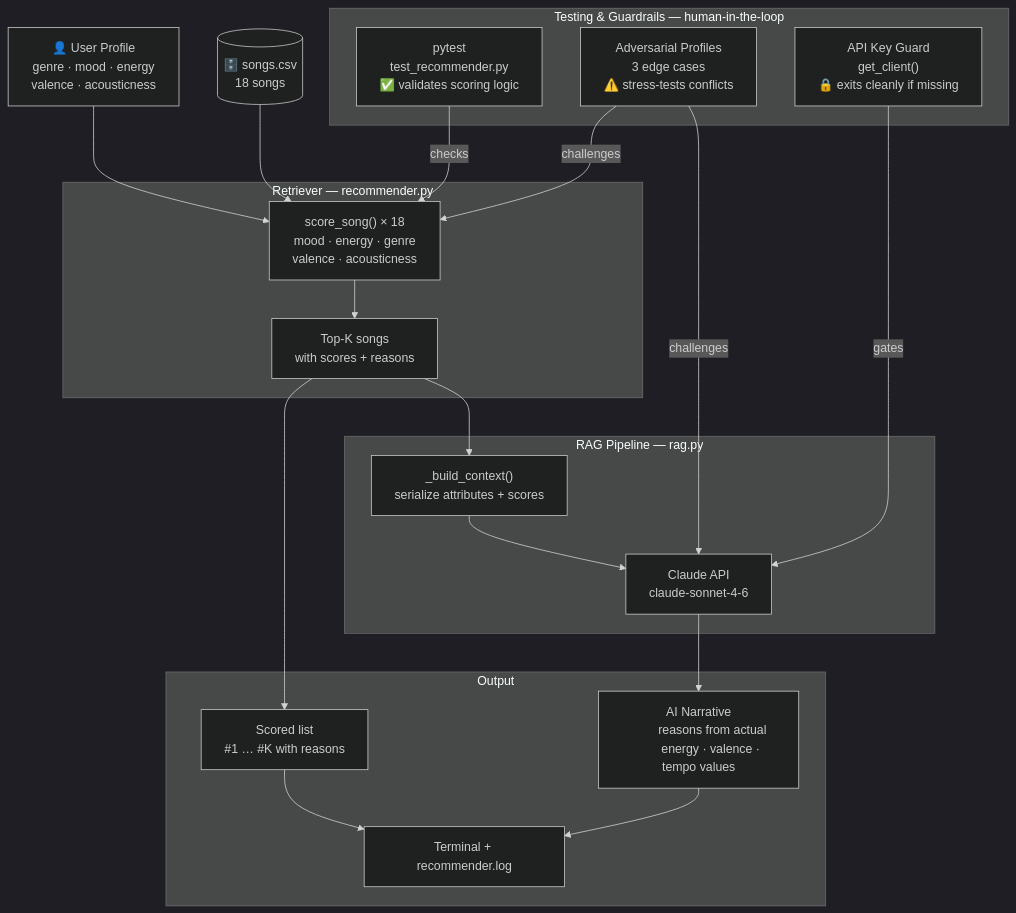
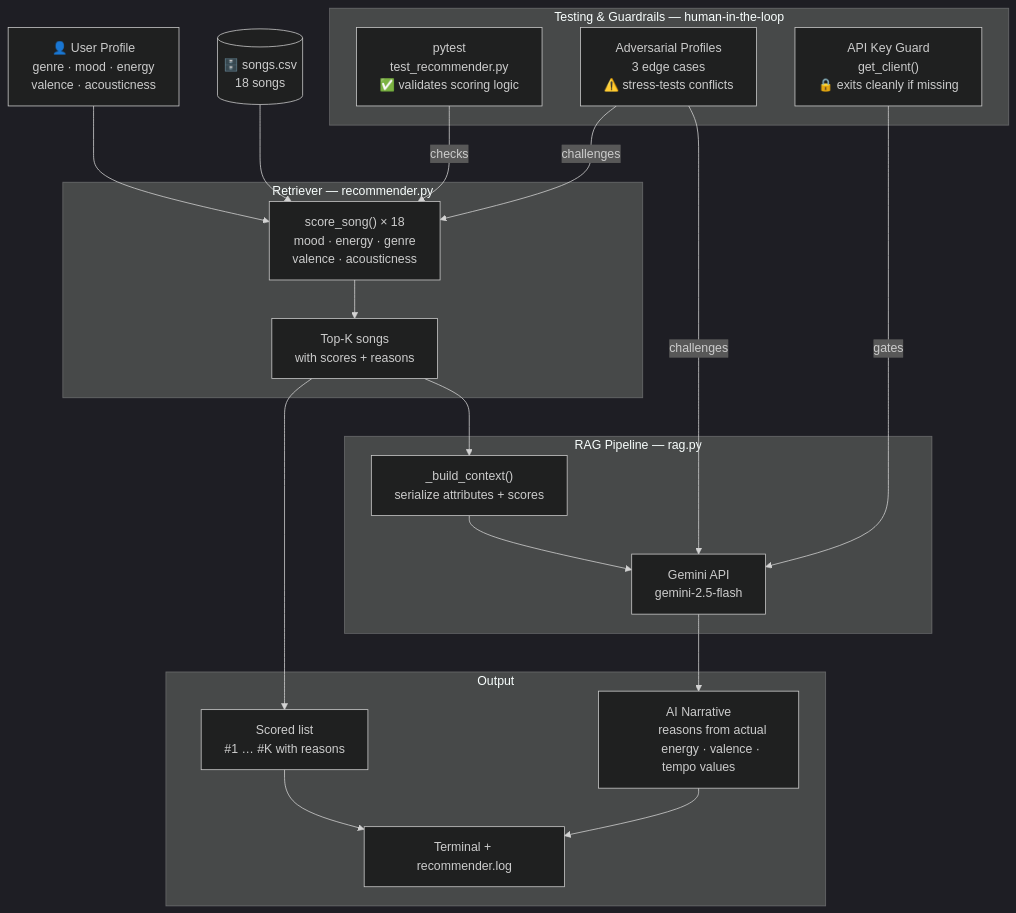
The diagram in README.md (AngelinhoRG/Applied-AI-System-Project), drawn with Mermaid (dark theme) before and after one commit. The commit also changed other lines of this file, not shown here.

Commit message:
Updated README to include updated information on the GEMINI API used for this project

````diff
--- a/README.md
+++ b/README.md
@@ -27,58 +27,58 @@
 ```mermaid
 flowchart TD
     A["👤 User Profile
     genre · mood · energy
     valence · acousticness"]
     B[("🗄️ songs.csv
     18 songs")]
 
     subgraph Retriever["Retriever — recommender.py"]
         C["score_song() × 18
         mood · energy · genre
         valence · acousticness"]
         D["Top-K songs
         with scores + reasons"]
         C --> D
     end
 
     subgraph RAG["RAG Pipeline — rag.py"]
         E["_build_context()
         serialize attributes + scores"]
-        F["Claude API
-        claude-sonnet-4-6"]
+        F["Gemini API
+        gemini-2.5-flash"]
         E --> F
     end
 
     subgraph Output["Output"]
         G["Scored list
         #1 … #K with reasons"]
         H["AI Narrative
         reasons from actual
         energy · valence · tempo values"]
         I["Terminal + recommender.log"]
         G --> I
         H --> I
     end
 
     subgraph QA["Testing & Guardrails — human-in-the-loop"]
         J["pytest
         test_recommender.py
         ✅ validates scoring logic"]
         K["Adversarial Profiles
         3 edge cases
         ⚠️ stress-tests conflicts"]
         L["API Key Guard
         get_client()
         🔒 exits cleanly if missing"]
     end
 
     A --> C
     B --> C
     D --> E
     D --> G
     F --> H
     J -->|checks| C
     K -->|challenges| C
     K -->|challenges| F
     L -->|gates| F
 ```
````
